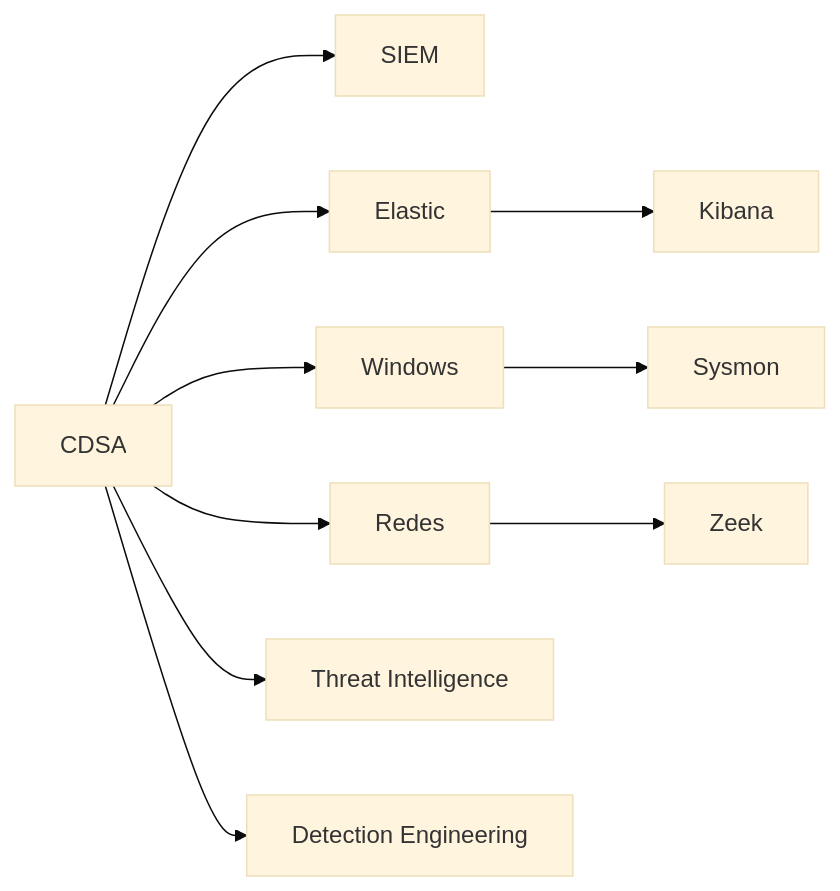
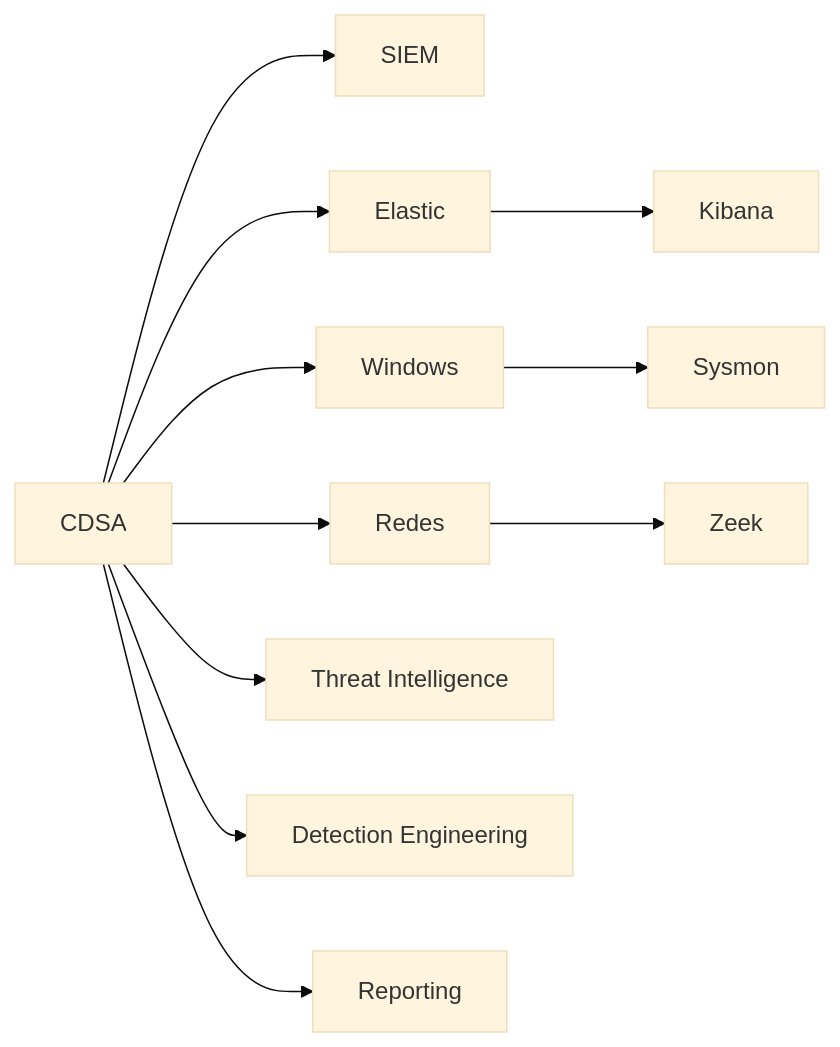
The diagram in Blue-Team/CDSA/CDSA.md (Serch1102/nucleo-tecnico), drawn with Mermaid (base theme) before and after one commit. The commit also changed other lines of this file and 6 other files, not shown here.

````diff
--- a/Blue-Team/CDSA/CDSA.md
+++ b/Blue-Team/CDSA/CDSA.md
@@ -19,12 +22,13 @@
 ```mermaid
 flowchart LR
   CDSA["CDSA"] --> SIEM["SIEM"]
   CDSA --> Elastic["Elastic"]
   CDSA --> Windows["Windows"]
   CDSA --> Redes["Redes"]
   CDSA --> CTI["Threat Intelligence"]
   CDSA --> DE["Detection Engineering"]
+  CDSA --> Report["Reporting"]
   Elastic --> Kibana["Kibana"]
   Redes --> Zeek["Zeek"]
   Windows --> Sysmon["Sysmon"]
 ```
````
